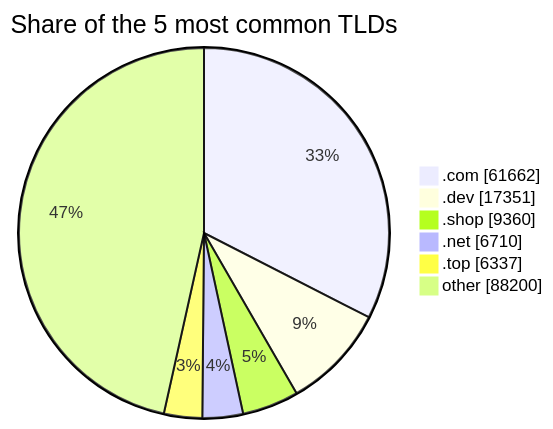
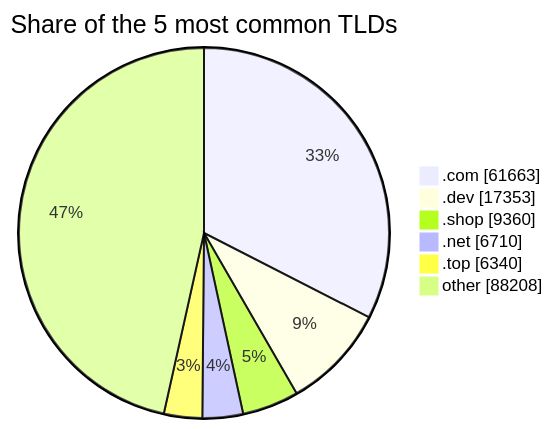
The third of 3 diagrams in README.md (DNSBunker/CTI), drawn with Mermaid before and after one commit. The commit also changed other lines of this file and 3 other files, not shown here.

````diff
--- a/README.md
+++ b/README.md
@@ -81,9 +81,9 @@
 ```mermaid
 pie showData title Share of the 5 most common TLDs
-    ".com" : 61662
-    ".dev" : 17351
+    ".com" : 61663
+    ".dev" : 17353
     ".shop" : 9360
     ".net" : 6710
-    ".top" : 6337
-    "other" : 88200
+    ".top" : 6340
+    "other" : 88208
 ```
````
